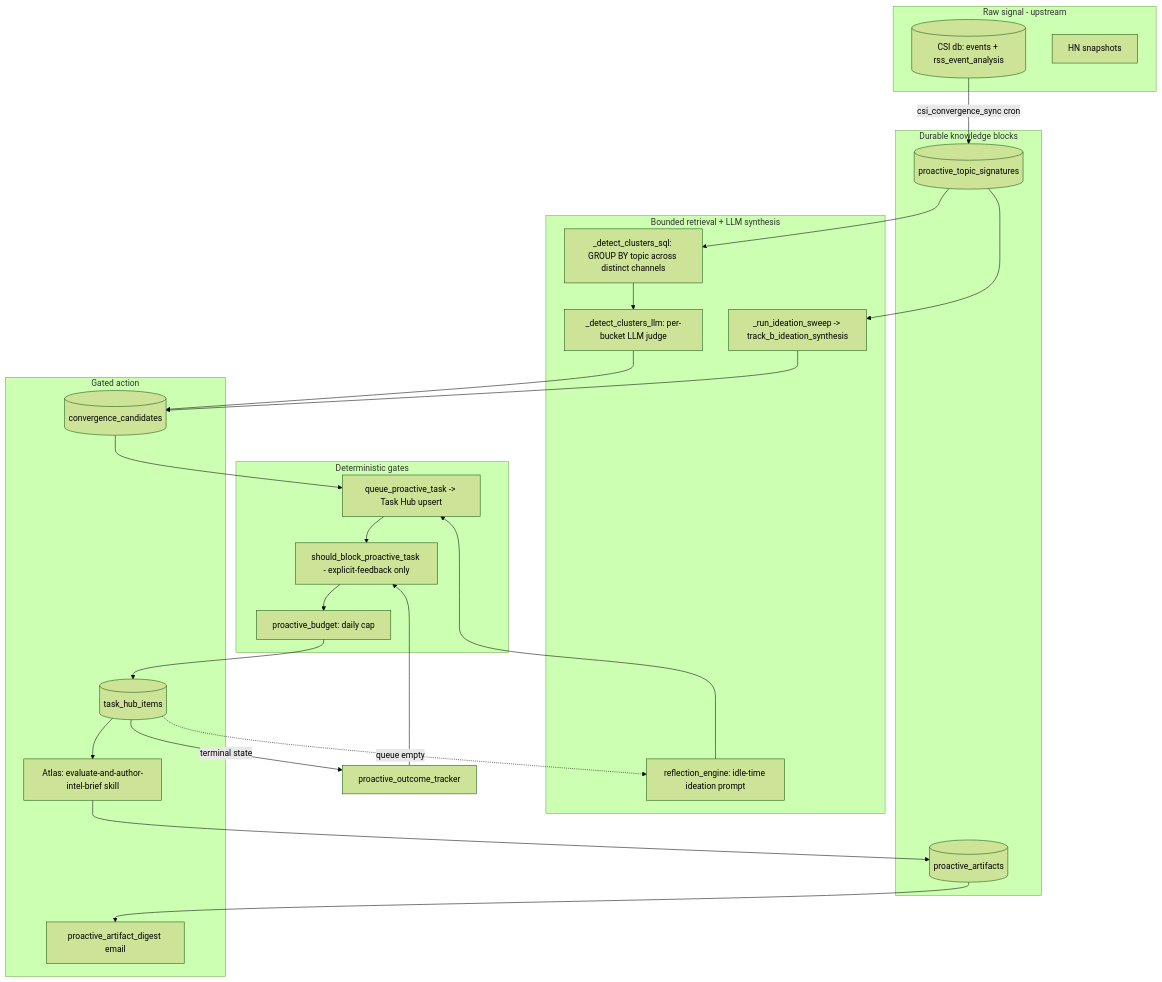
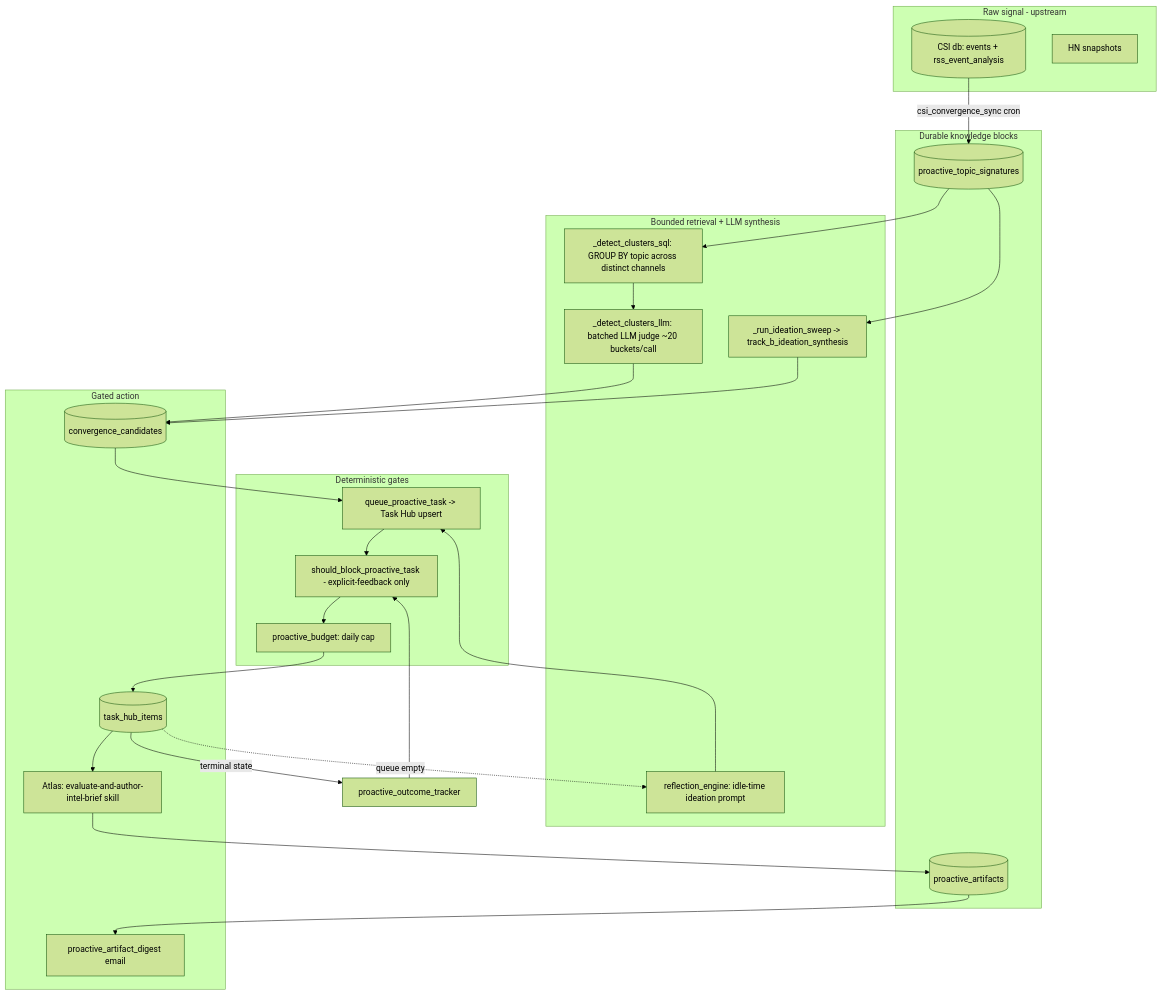
One commit to Kjdragan/universal_agent changed the diagram in project_docs/04_intelligence/10_proactive_pipeline.md. Above: the diagram before and after it, drawn with Mermaid (forest theme). The commit also changed other lines of this file and 4 other files, not shown here.

````diff
--- a/project_docs/04_intelligence/10_proactive_pipeline.md
+++ b/project_docs/04_intelligence/10_proactive_pipeline.md
@@ -62,43 +62,43 @@
 ```mermaid
 flowchart TD
     subgraph RAW[Raw signal - upstream]
         CSI[(CSI db: events + rss_event_analysis)]
         HN[HN snapshots]
     end
 
     subgraph KNOW[Durable knowledge blocks]
         SIG[(proactive_topic_signatures)]
         ART[(proactive_artifacts)]
     end
 
     subgraph SYN[Bounded retrieval + LLM synthesis]
         SQLREC[_detect_clusters_sql: GROUP BY topic across distinct channels]
-        LLMPREC[_detect_clusters_llm: per-bucket LLM judge]
+        LLMPREC[_detect_clusters_llm: batched LLM judge ~20 buckets/call]
         IDEA[_run_ideation_sweep -> track_b_ideation_synthesis]
         REFLECT[reflection_engine: idle-time ideation prompt]
     end
 
     subgraph GATE[Deterministic gates]
         PREF[should_block_proactive_task - explicit-feedback only]
         BUDGET[proactive_budget: daily cap]
         QUEUE[queue_proactive_task -> Task Hub upsert]
     end
 
     subgraph ACT[Gated action]
         CAND[(convergence_candidates)]
         TASK[(task_hub_items)]
         ATLAS[Atlas: evaluate-and-author-intel-brief skill]
         DIGEST[proactive_artifact_digest email]
     end
 
     CSI -->|csi_convergence_sync cron| SIG
     SIG --> SQLREC --> LLMPREC --> CAND
     SIG --> IDEA --> CAND
     TASK -.->|queue empty| REFLECT --> QUEUE
     CAND --> QUEUE
     QUEUE --> PREF --> BUDGET --> TASK
     TASK --> ATLAS --> ART
     ART --> DIGEST
     TASK -->|terminal state| OUT[proactive_outcome_tracker]
     OUT --> PREF
 ```
````
